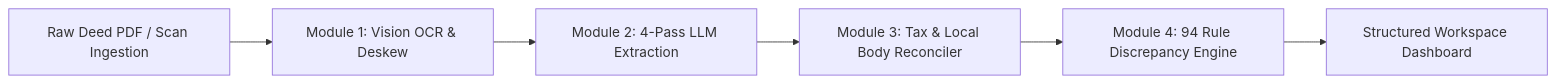
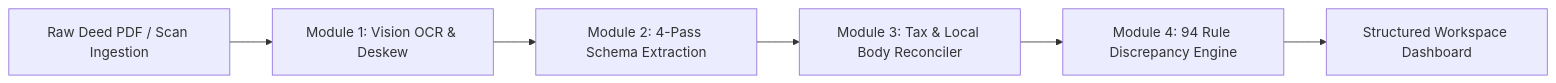
Before and after one commit to AtharvaKhanvilkar/DelhiTSR: the diagram in README.md, drawn with Mermaid. The commit also changed other lines of this file, not shown here.

````diff
--- a/README.md
+++ b/README.md
@@ -58,8 +41,8 @@
 ```mermaid
 flowchart LR
     A["Raw Deed PDF / Scan Ingestion"] --> B["Module 1: Vision OCR & Deskew"]
-    B --> C["Module 2: 4-Pass LLM Extraction"]
+    B --> C["Module 2: 4-Pass Schema Extraction"]
     C --> D["Module 3: Tax & Local Body Reconciler"]
     D --> E["Module 4: 94 Rule Discrepancy Engine"]
     E --> F["Structured Workspace Dashboard"]
 ```
````
